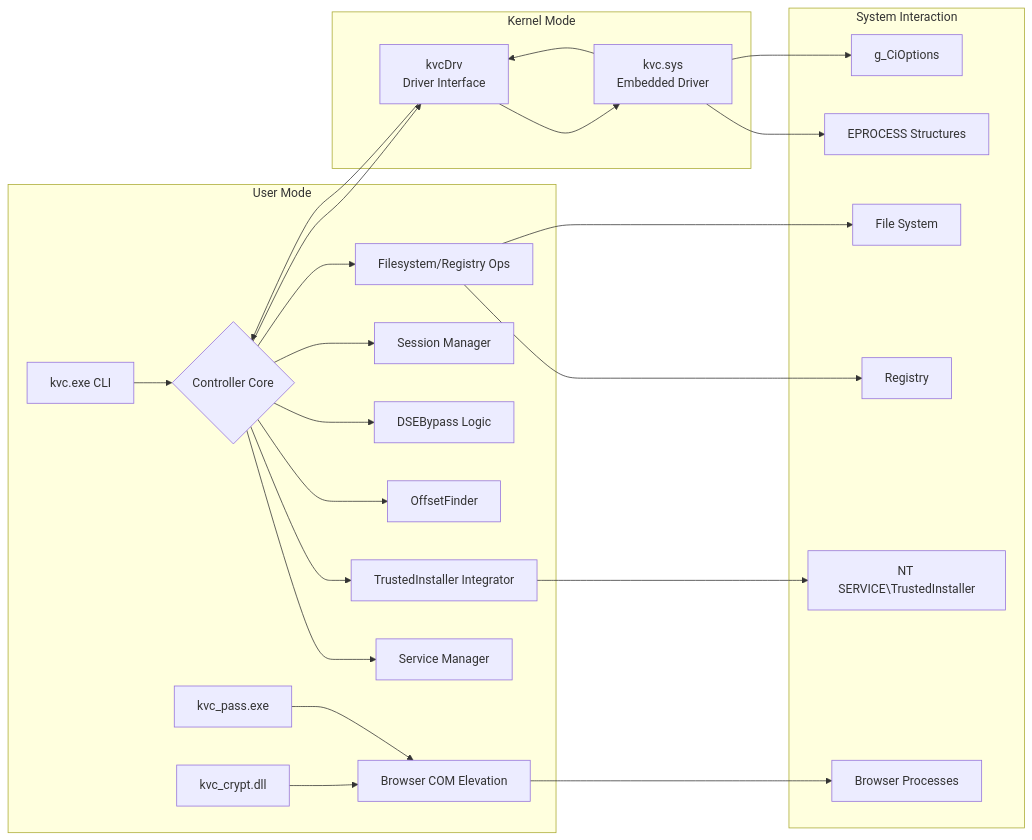
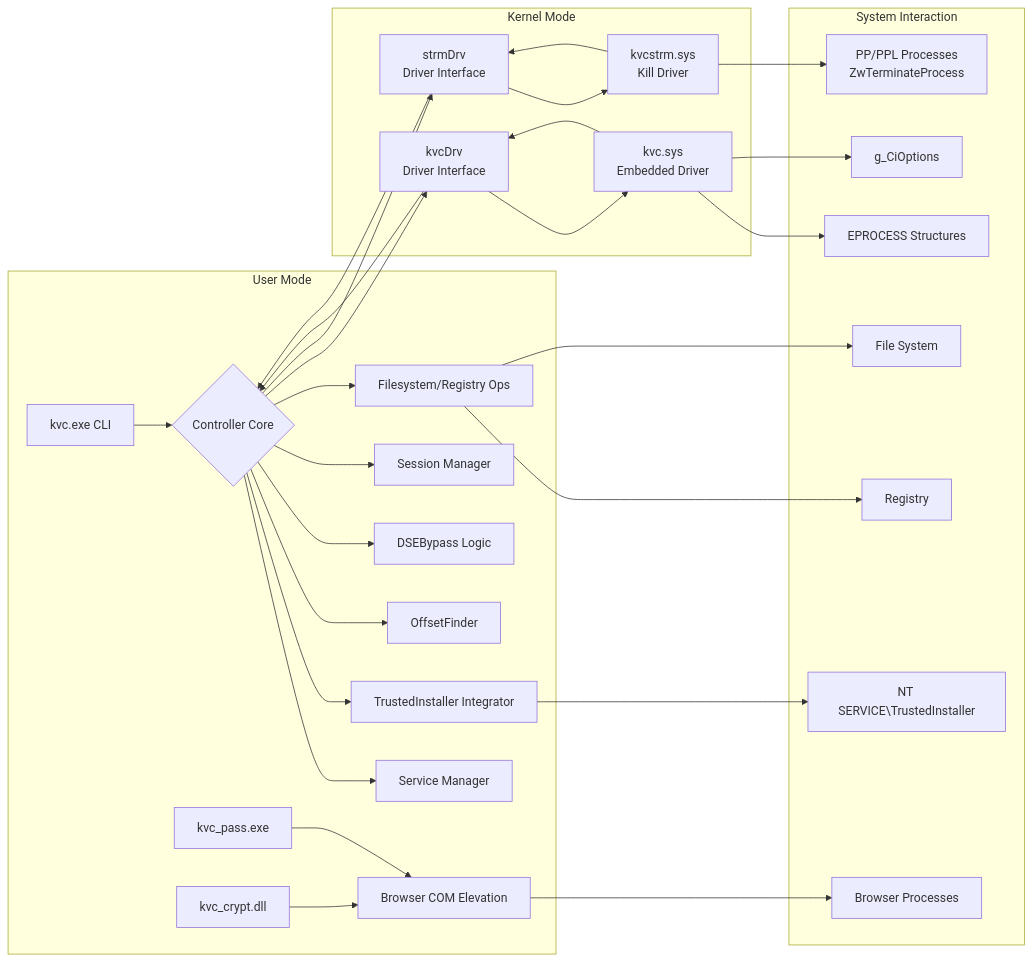
Before and after one commit to Rygtx/kvc: the first of 12 diagrams in README.md, drawn with Mermaid. The commit also changed other lines of this file and 125 other files, not shown here.

````diff
--- a/README.md
+++ b/README.md
@@ -227,31 +255,36 @@
 ```mermaid
 graph LR
     subgraph User Mode
         A[kvc.exe CLI] --> B{Controller Core}
         B --> C[Service Manager]
         B --> D[TrustedInstaller Integrator]
         B --> E[OffsetFinder]
         B --> F[DSEBypass Logic]
         B --> G[Session Manager]
         B --> H[Filesystem/Registry Ops]
         I[kvc_pass.exe] --> J[Browser COM Elevation]
         K[kvc_crypt.dll] --> J
     end
     
     subgraph Kernel Mode
         L[kvcDrv<br/>Driver Interface] --> M[kvc.sys<br/>Embedded Driver]
         M --> L
+        N2[strmDrv<br/>Driver Interface] --> O2[kvcstrm.sys<br/>Kill Driver]
+        O2 --> N2
     end
     
     subgraph System Interaction
         D --> N[NT SERVICE\TrustedInstaller]
         H --> O[Registry]
         H --> P[File System]
         M --> Q[EPROCESS Structures]
         M --> R[g_CiOptions]
         J --> S[Browser Processes]
+        O2 --> T[PP/PPL Processes<br/>ZwTerminateProcess]
     end
 
     B --> L
     L --> B
+    B --> N2
+    N2 --> B
 ```
````
